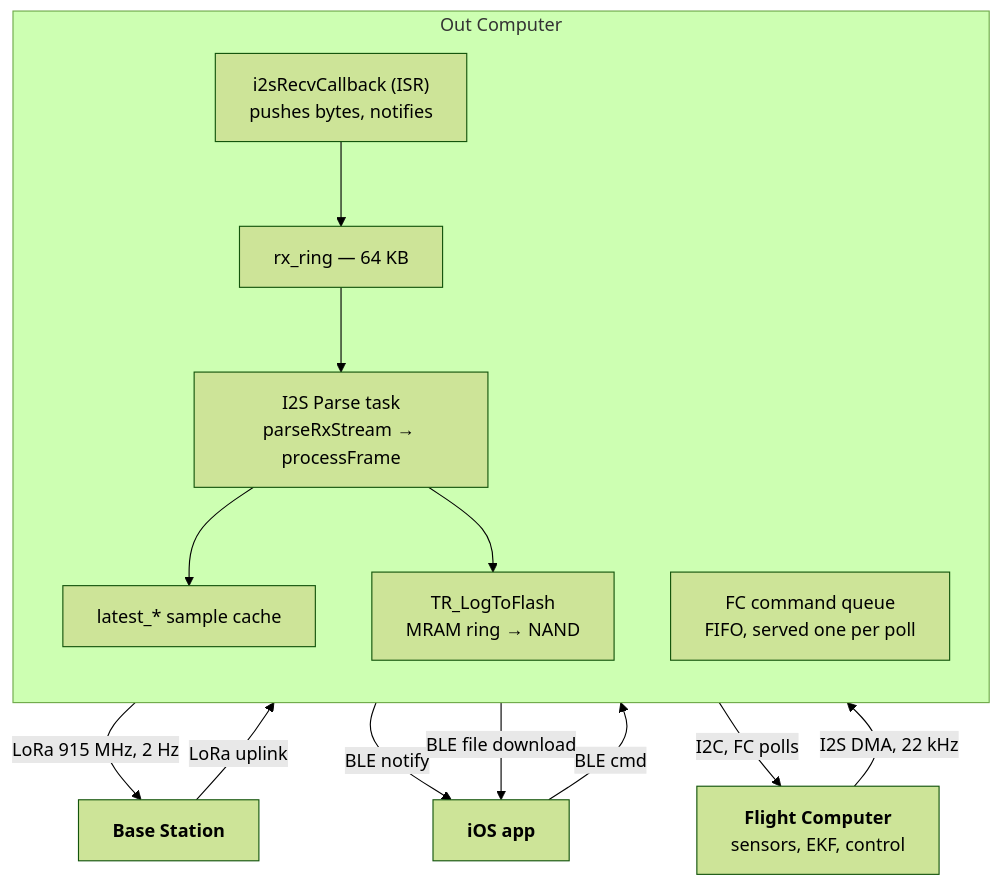
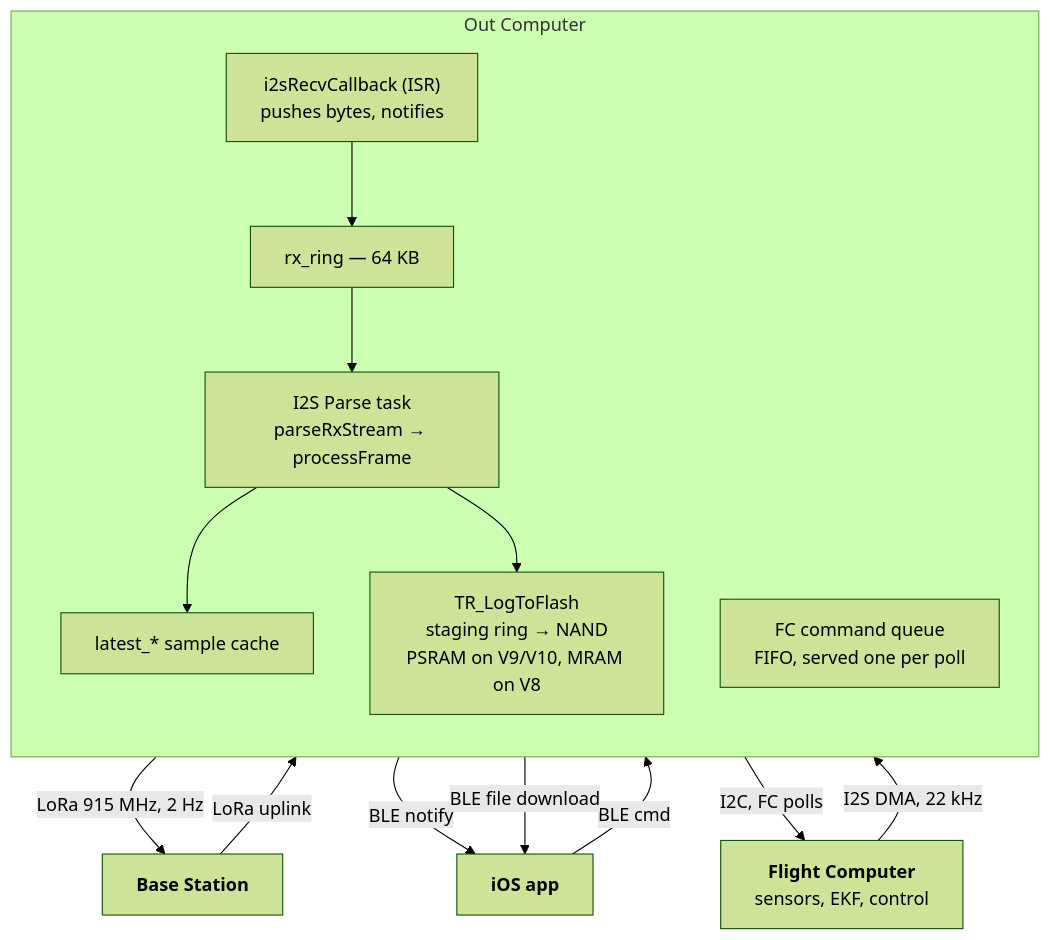
Before and after one commit to Tinkerbug-Robotics/TinkerRocket: the second of 2 diagrams in docs/architecture/out-computer.md, drawn with Mermaid (forest theme). The commit also changed other lines of this file and 2 other files, not shown here.

````diff
--- a/docs/architecture/out-computer.md
+++ b/docs/architecture/out-computer.md
@@ -100,27 +100,27 @@
 ```mermaid
 flowchart TB
     FC["<b>Flight Computer</b><br/>sensors, EKF, control"]
 
     subgraph OC["Out Computer"]
         direction TB
         CB["i2sRecvCallback (ISR)<br/>pushes bytes, notifies"]
         RING["rx_ring — 64 KB"]
         PARSE["I2S Parse task<br/>parseRxStream → processFrame"]
         CACHE["latest_* sample cache"]
-        LOG["TR_LogToFlash<br/>MRAM ring → NAND"]
+        LOG["TR_LogToFlash<br/>staging ring → NAND<br/>PSRAM on V9/V10, MRAM on V8"]
         CMDQ["FC command queue<br/>FIFO, served one per poll"]
     end
 
     PHONE["<b>iOS app</b>"]
     GROUND["<b>Base Station</b>"]
 
     FC -->|"I2S DMA, 22 kHz"| CB --> RING --> PARSE
     PARSE --> CACHE
     PARSE --> LOG
     CACHE -->|"LoRa 915 MHz, 2 Hz"| GROUND
     CACHE -->|"BLE notify"| PHONE
     PHONE -->|"BLE cmd"| CMDQ
     GROUND -->|"LoRa uplink"| CMDQ
     CMDQ -->|"I2C, FC polls"| FC
     LOG -->|"BLE file download"| PHONE
 ```
````
